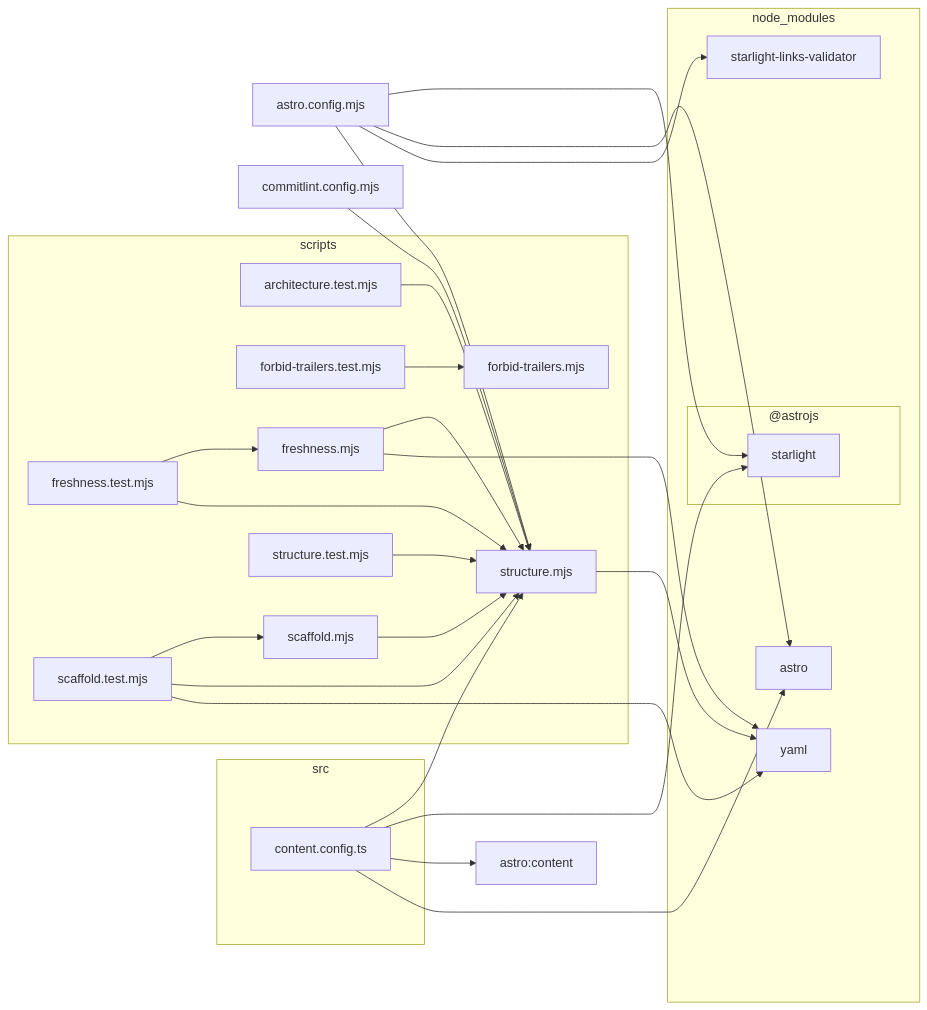
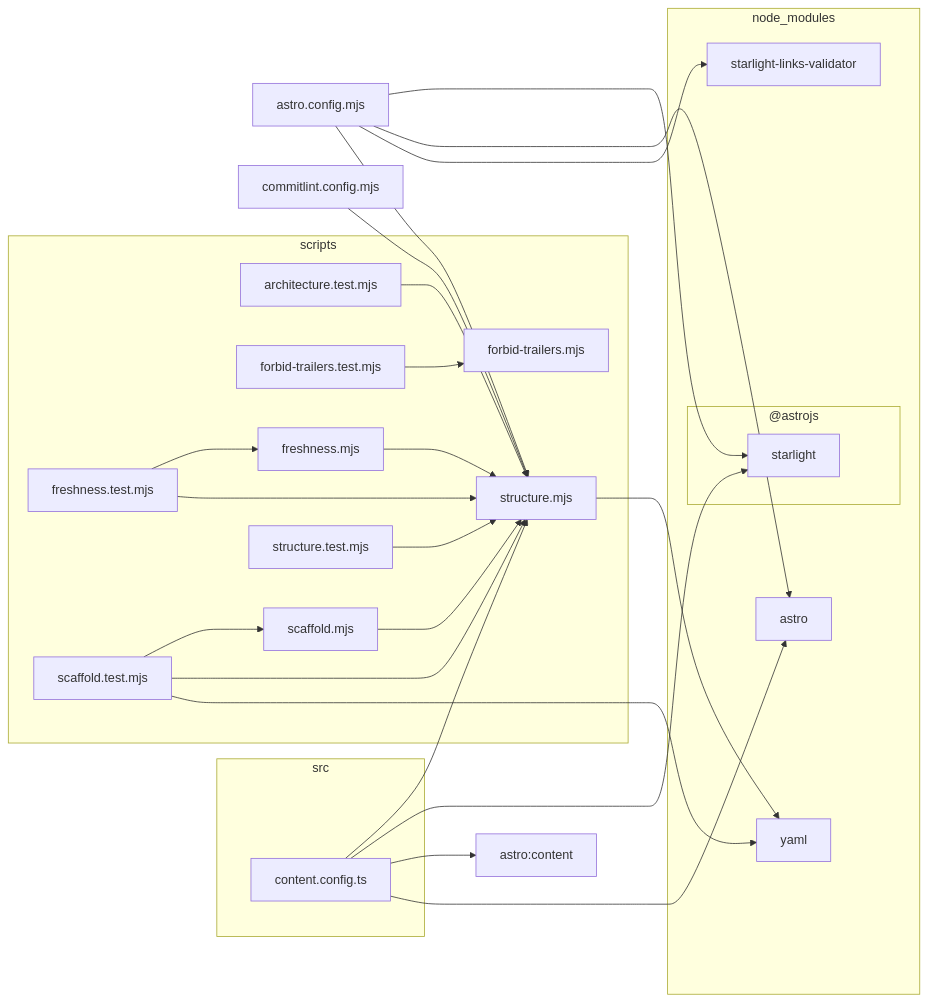
One commit to FilipTw/claude-craft changed the diagram in docs/architecture.mmd. Above: the diagram before and after it, drawn with Mermaid. The commit also changed 4 other files, not shown here.

```diff
--- a/docs/architecture.mmd
+++ b/docs/architecture.mmd
@@ -1,48 +1,47 @@
 flowchart LR
 
 0["astro.config.mjs"]
 1["astro:content"]
 2["commitlint.config.mjs"]
 subgraph 3["node_modules"]
 subgraph 4["@astrojs"]
 5["starlight"]
 end
 6["astro"]
 7["starlight-links-validator"]
 8["yaml"]
 end
 subgraph 9["scripts"]
 A["architecture.test.mjs"]
 B["forbid-trailers.mjs"]
 C["forbid-trailers.test.mjs"]
 D["freshness.mjs"]
 E["freshness.test.mjs"]
 F["scaffold.mjs"]
 G["scaffold.test.mjs"]
 H["structure.mjs"]
 I["structure.test.mjs"]
 end
 subgraph J["src"]
 K["content.config.ts"]
 end
 0-->H
 0-->5
 0-->6
 0-->7
 2-->H
 A-->H
 C-->B
 D-->H
-D-->8
 E-->D
 E-->H
 F-->H
 G-->F
 G-->H
 G-->8
 H-->8
 I-->H
 K-->H
 K-->5
 K-->1
 K-->6
```
